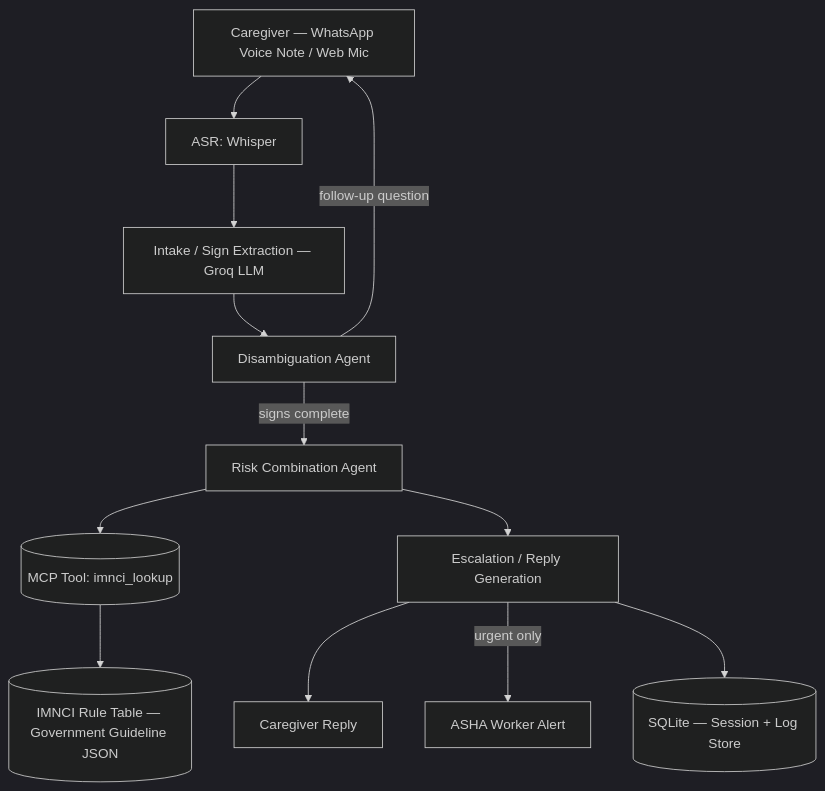
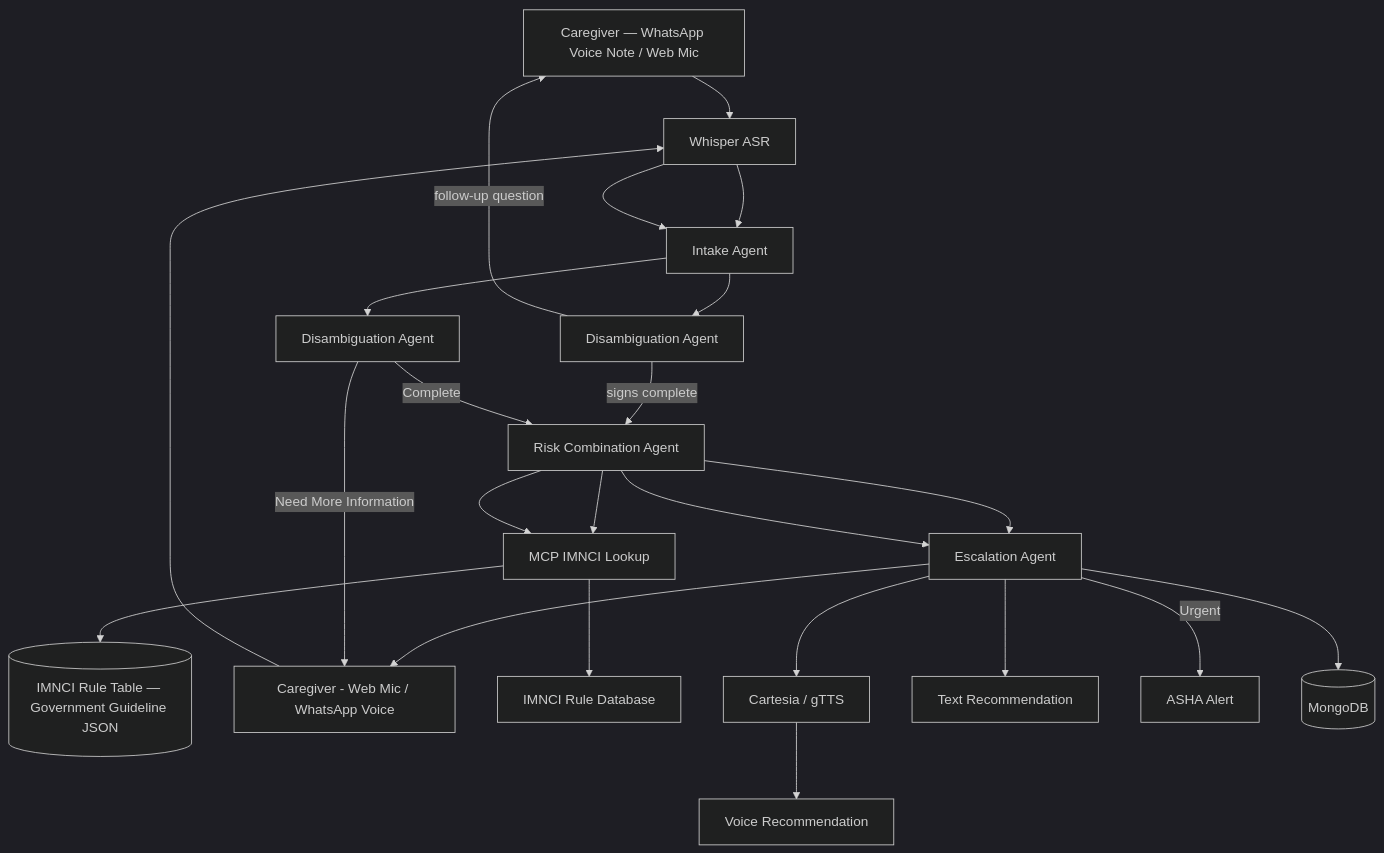
Before and after one commit to osinsomkuwar-27/Naavya: the first of 3 diagrams in README.md, drawn with Mermaid (dark theme). The commit also changed other lines of this file, not shown here.

Commit message:
docs: update README with latest development

````diff
--- a/README.md
+++ b/README.md
@@ -44,14 +50,25 @@
 ```mermaid
 flowchart TD
     Caller[Caregiver — WhatsApp Voice Note / Web Mic] --> ASR[ASR: Whisper]
     ASR --> Intake[Intake / Sign Extraction — Groq LLM]
     Intake --> Disambig[Disambiguation Agent]
     Disambig -->|follow-up question| Caller
     Disambig -->|signs complete| Risk[Risk Combination Agent]
     Risk --> MCP[(MCP Tool: imnci_lookup)]
     MCP --> RuleTable[(IMNCI Rule Table — Government Guideline JSON)]
     Risk --> Escalation[Escalation / Reply Generation]
     Escalation --> Caregiver[Caregiver Reply]
-    Escalation -->|urgent only| ASHA[ASHA Worker Alert]
-    Escalation --> DB[(SQLite — Session + Log Store)]
+    Caregiver[Caregiver - Web Mic / WhatsApp Voice] --> ASR[Whisper ASR]
+    ASR --> Intake[Intake Agent]
+    Intake --> Disambiguation[Disambiguation Agent]
+    Disambiguation -->|Need More Information| Caregiver
+    Disambiguation -->|Complete| Risk[Risk Combination Agent]
+    Risk --> MCP[MCP IMNCI Lookup]
+    MCP --> Rules[IMNCI Rule Database]
+    Risk --> Escalation[Escalation Agent]
+    Escalation --> TTS[Cartesia / gTTS]
+    TTS --> VoiceReply[Voice Recommendation]
+    Escalation --> TextReply[Text Recommendation]
+    Escalation -->|Urgent| ASHA[ASHA Alert]
+    Escalation --> Mongo[(MongoDB)]
 ```
````
